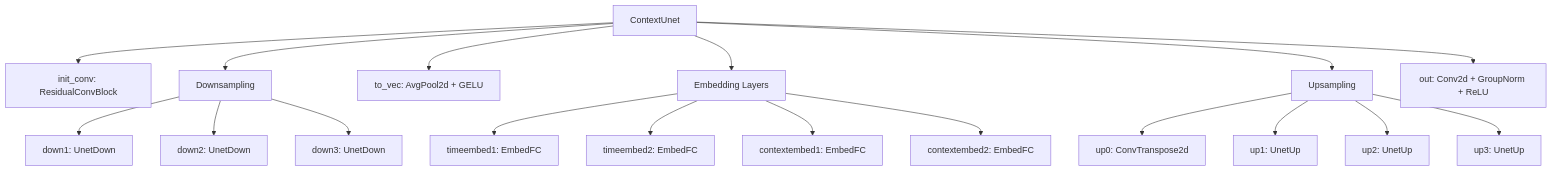
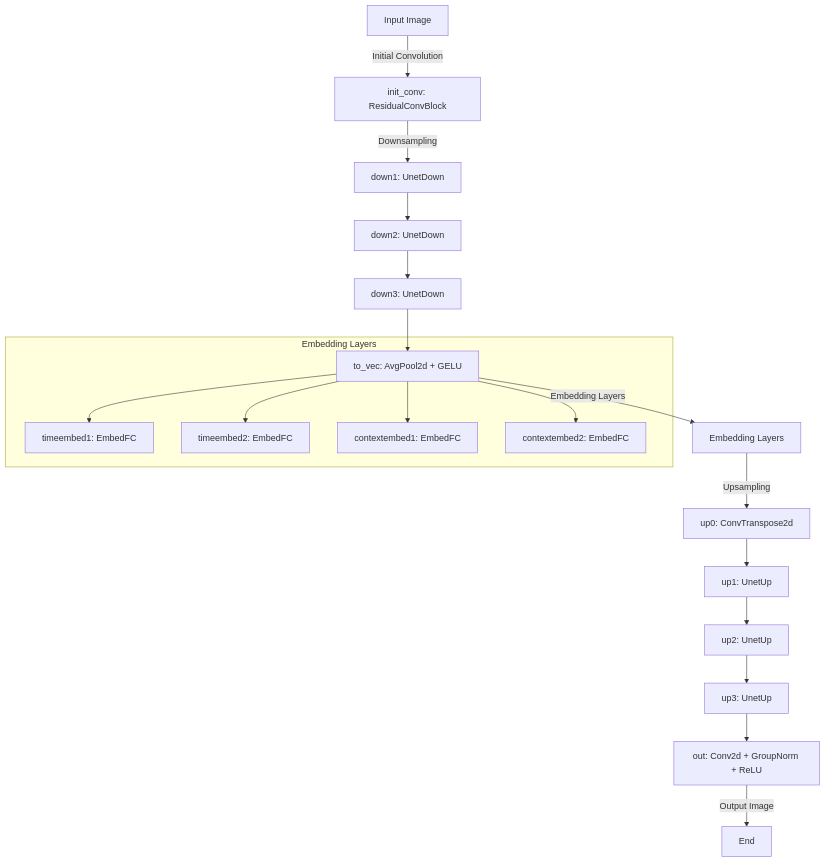
One commit to AlienTechSoftware/RoboKhatt changed the second of 2 diagrams in README.md. Above: the diagram before and after it, drawn with Mermaid. The commit also changed other lines of this file and 2 other files, not shown here.

````diff
--- a/README.md
+++ b/README.md
@@ -45,20 +75,23 @@
 ```mermaid
 graph TD
-  A[ContextUnet] --> B[init_conv: ResidualConvBlock]
-  A --> C[Downsampling]
-  C --> D[down1: UnetDown]
-  C --> E[down2: UnetDown]
-  C --> F[down3: UnetDown]
-  A --> G[to_vec: AvgPool2d + GELU]
-  A --> H[Embedding Layers]
-  H --> I[timeembed1: EmbedFC]
-  H --> J[timeembed2: EmbedFC]
-  H --> K[contextembed1: EmbedFC]
-  H --> L[contextembed2: EmbedFC]
-  A --> M[Upsampling]
-  M --> N[up0: ConvTranspose2d]
-  M --> O[up1: UnetUp]
-  M --> P[up2: UnetUp]
-  M --> Q[up3: UnetUp]
-  A --> R[out: Conv2d + GroupNorm + ReLU]
+  Start[Input Image]
+  Start -->|Initial Convolution| init_conv[init_conv: ResidualConvBlock]
+  init_conv -->|Downsampling| down1[down1: UnetDown]
+  down1 --> down2[down2: UnetDown]
+  down2 --> down3[down3: UnetDown]
+  down3 --> to_vec[to_vec: AvgPool2d + GELU]
+  to_vec -->|Embedding Layers| embedding_layers[Embedding Layers]
+  embedding_layers -->|Upsampling| up0[up0: ConvTranspose2d]
+  up0 --> up1[up1: UnetUp]
+  up1 --> up2[up2: UnetUp]
+  up2 --> up3[up3: UnetUp]
+  up3 --> out[out: Conv2d + GroupNorm + ReLU]
+  out -->|Output Image| End[End]
+  
+  subgraph Embedding Layers
+    to_vec --> timeembed1[timeembed1: EmbedFC]
+    to_vec --> timeembed2[timeembed2: EmbedFC]
+    to_vec --> contextembed1[contextembed1: EmbedFC]
+    to_vec --> contextembed2[contextembed2: EmbedFC]
+  end
 ```
````
